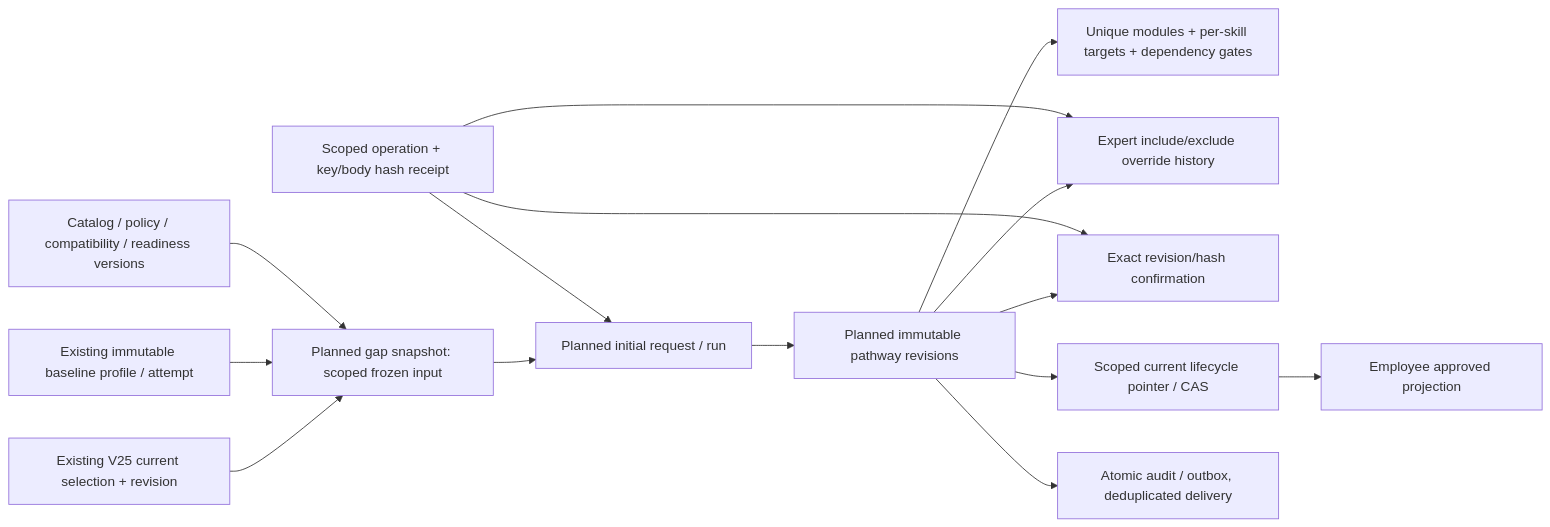
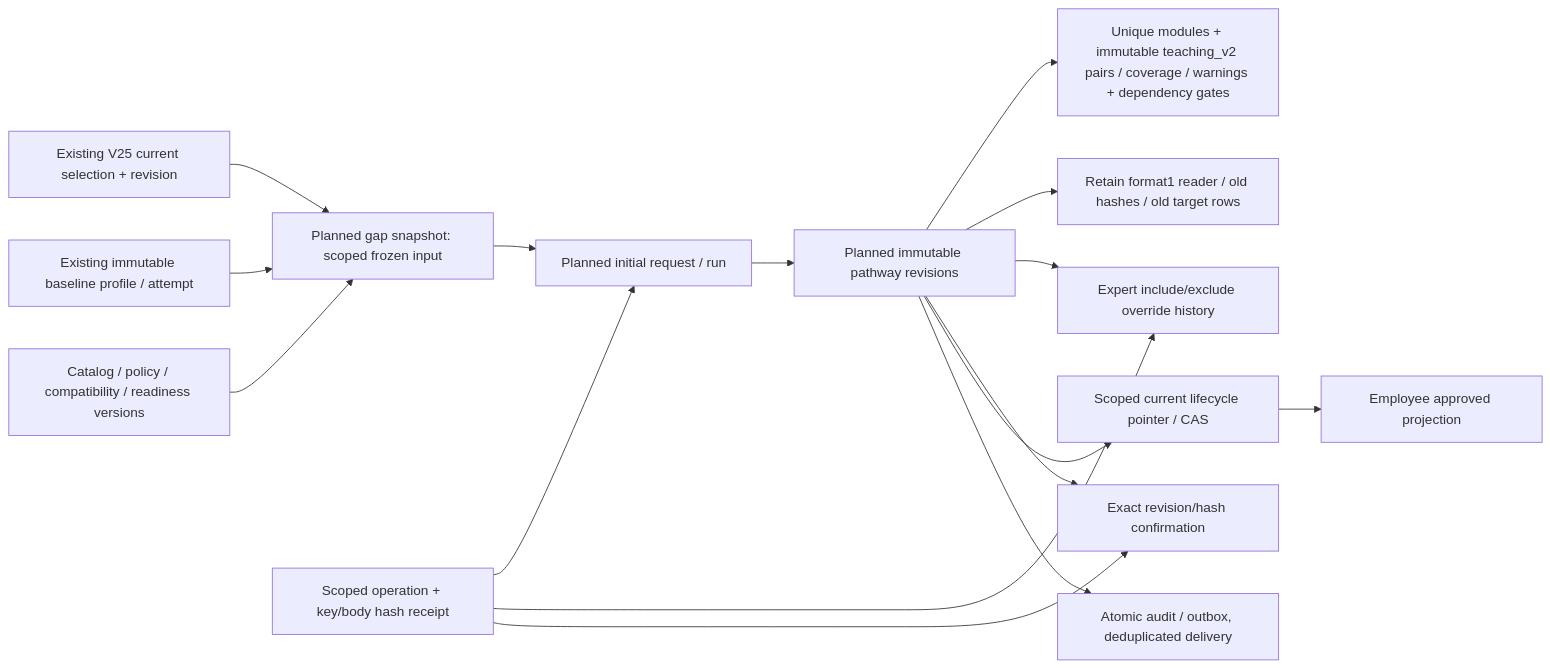
Before and after one commit to SEP490-Fall-2026-GFA26SE64/SEP490: the fourth of 4 diagrams in documents/diagrams/gap-pathway-initial-flow.md, drawn with Mermaid. The commit also changed other lines of this file and 15 other files, not shown here.

````diff
--- a/documents/diagrams/gap-pathway-initial-flow.md
+++ b/documents/diagrams/gap-pathway-initial-flow.md
@@ -94,17 +100,18 @@
 ```mermaid
 flowchart LR
     SEL["Existing V25 current selection + revision"] --> GS["Planned gap snapshot: scoped frozen input"]
     PROF["Existing immutable baseline profile / attempt"] --> GS
     CAT["Catalog / policy / compatibility / readiness versions"] --> GS
     GS --> RUN["Planned initial request / run"]
     RUN --> REV["Planned immutable pathway revisions"]
-    REV --> MOD["Unique modules + per-skill targets + dependency gates"]
+    REV --> MOD["Unique modules + immutable teaching_v2 pairs / coverage / warnings + dependency gates"]
+    REV --> LEG["Retain format1 reader / old hashes / old target rows"]
     REV --> OV["Expert include/exclude override history"]
     REV --> AP["Exact revision/hash confirmation"]
     CMD["Scoped operation + key/body hash receipt"] --> RUN
     CMD --> OV
     CMD --> AP
     REV --> CUR["Scoped current lifecycle pointer / CAS"]
     CUR --> READ["Employee approved projection"]
     REV --> AO["Atomic audit / outbox, deduplicated delivery"]
 ```
````
